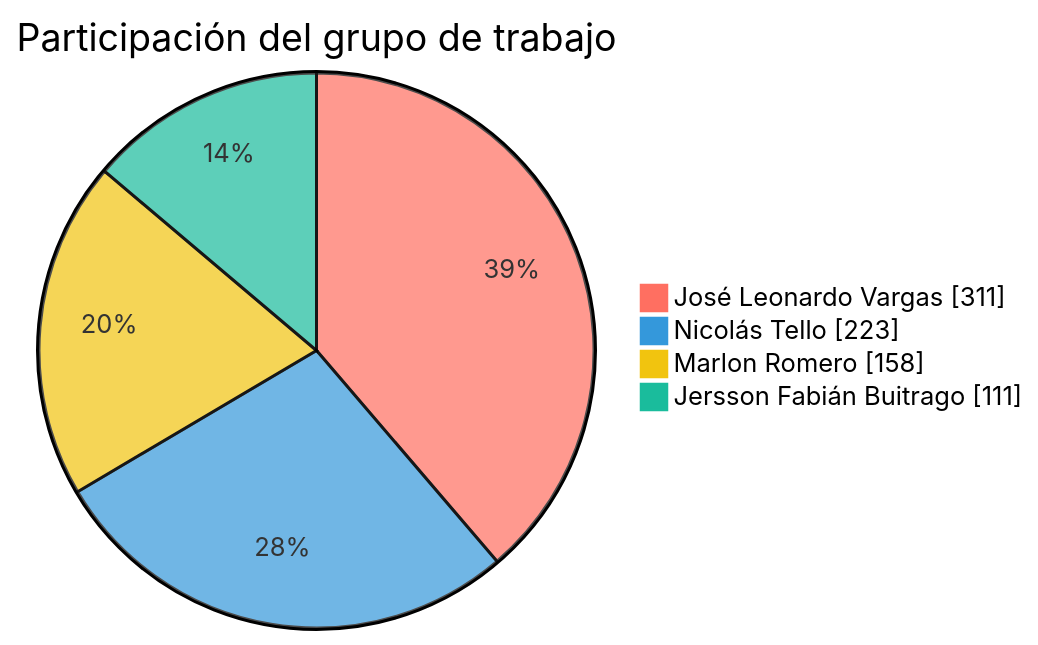
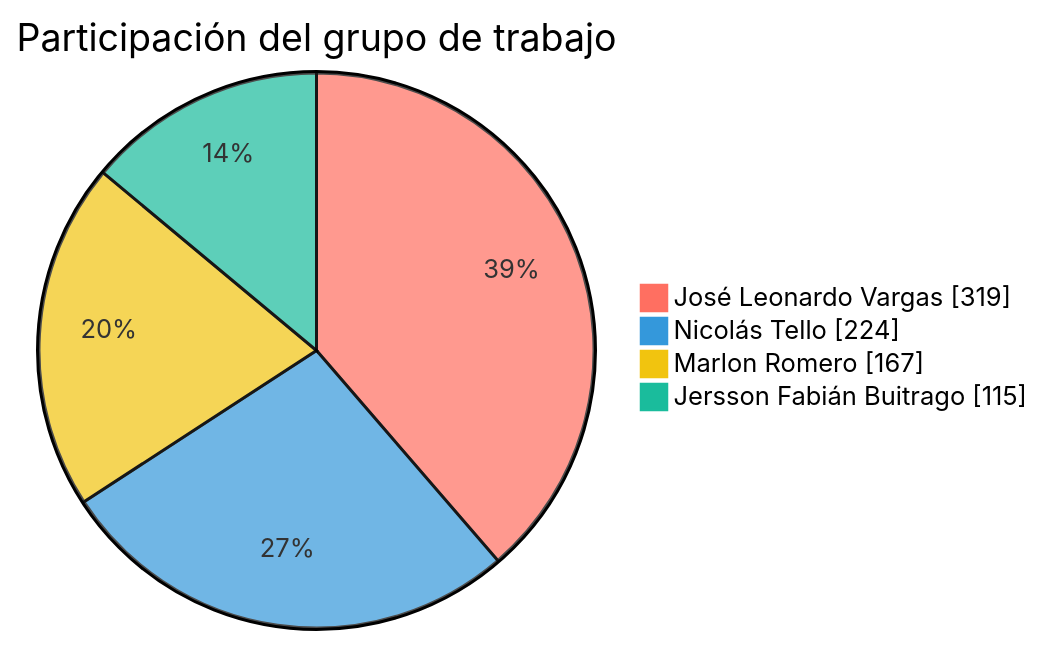
The first of 2 diagrams in README.md (FarmaExpres/FarmaExpres), drawn with Mermaid before and after one commit. The commit also changed other lines of this file and 1 other file, not shown here.

````diff
--- a/README.md
+++ b/README.md
@@ -391,9 +391,9 @@
 ```mermaid
 %%{init: {"themeVariables": {"pie1": "#ff6f61", "pie2": "#3498db", "pie3": "#f1c40f", "pie4": "#1abc9c", "pieLabelColor": "#000000", "pieLabelFontSize": "24px", "pieLabelFontWeight": "700"}}}%%
 pie showData
     title Participación del grupo de trabajo
-    "José Leonardo Vargas" : 311
-    "Nicolás Tello" : 223
-    "Marlon Romero" : 158
-    "Jersson Fabián Buitrago" : 111
+    "José Leonardo Vargas" : 319
+    "Nicolás Tello" : 224
+    "Marlon Romero" : 167
+    "Jersson Fabián Buitrago" : 115
 ```
````
